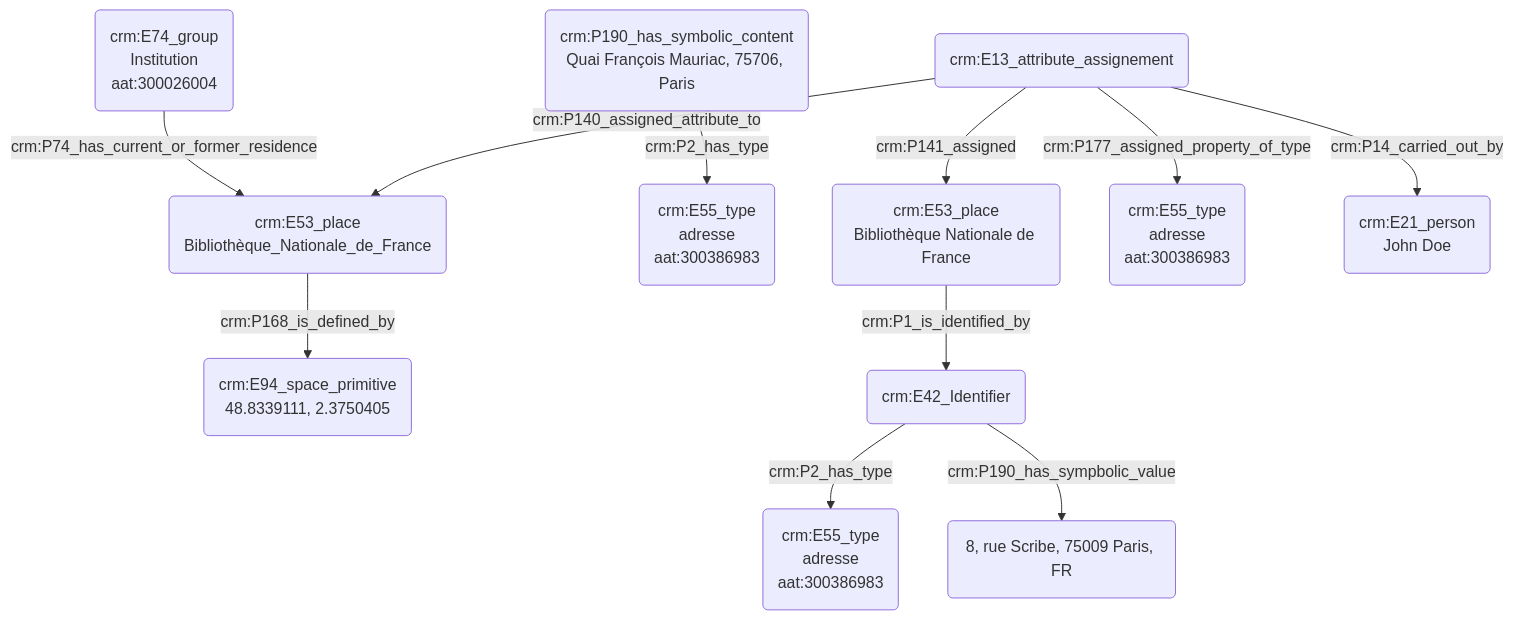
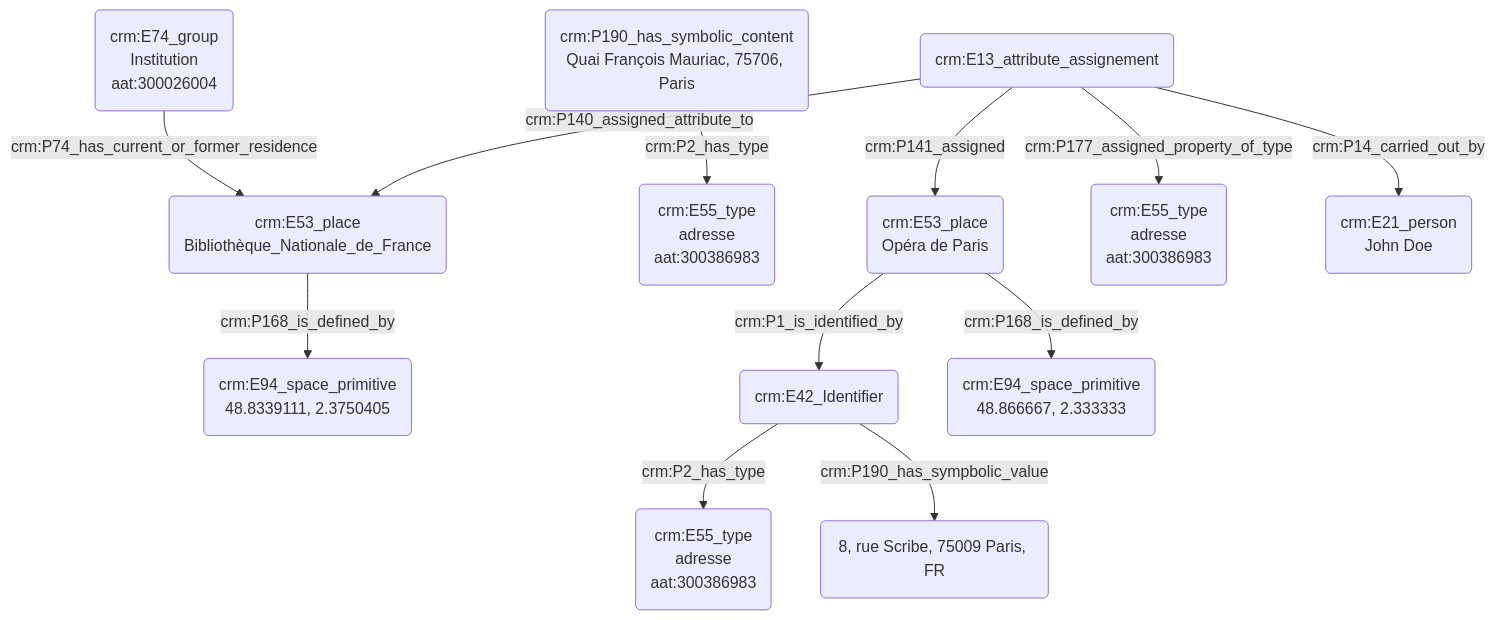
Before and after one commit to Amleth/consortium-musica2-gt2-ontologies: the diagram in modules/livrables/Dossier 2/Indexation conceptuelle/indexation_d_un_lieu.md, drawn with Mermaid.

````diff
--- a/modules/livrables/Dossier 2/Indexation conceptuelle/indexation_d_un_lieu.md
+++ b/modules/livrables/Dossier 2/Indexation conceptuelle/indexation_d_un_lieu.md
@@ -17,20 +17,22 @@
 ```mermaid
 graph TD;
 
 A(crm:E53_place<br>Bibliothèque_Nationale_de_France) --> |crm:P168_is_defined_by| B(crm:E94_space_primitive<br>48.8339111, 2.3750405)
 C(crm:E74_group<br>Institution<br>aat:300026004) --> |crm:P74_has_current_or_former_residence| A(crm:E53_place<br>Bibliothèque_Nationale_de_France)
 D(crm:P190_has_symbolic_content<br>Quai François Mauriac, 75706, Paris) --> |crm:P2_has_type| E(crm:E55_type<br>adresse<br>aat:300386983)
 
 H(crm:E13_attribute_assignement) --> |crm:P140_assigned_attribute_to| A(crm:E53_place<br>Bibliothèque_Nationale_de_France) 
 H(crm:E13_attribute_assignement) --> |crm:P141_assigned| I(crm:E53_place<br>Opéra de Paris)
 
 I(crm:E53_place<br>Bibliothèque Nationale de France) --> |crm:P1_is_identified_by| S(crm:E42_Identifier<br>Quai François Mauriac, 75706 Paris)
+I(crm:E53_place<br>Opéra de Paris) --> |crm:P168_is_defined_by| G(crm:E94_space_primitive
+48.866667, 2.333333)
 S(crm:E42_Identifier) --> |crm:P2_has_type| T(crm:E55_type<br>adresse<br>aat:300386983)
 S(crm:E42_Identifier) --> |crm:P190_has_sympbolic_value| U(8, rue Scribe, 75009 Paris, FR)
 
 
 H(crm:E13_attribute_assignement) --> |crm:P177_assigned_property_of_type| K(crm:E55_type<br>adresse<br>aat:300386983)
 H(crm:E13_attribute_assignement) --> |crm:P14_carried_out_by| J(crm:E21_person<br>John Doe)
 
 
 ```
````
